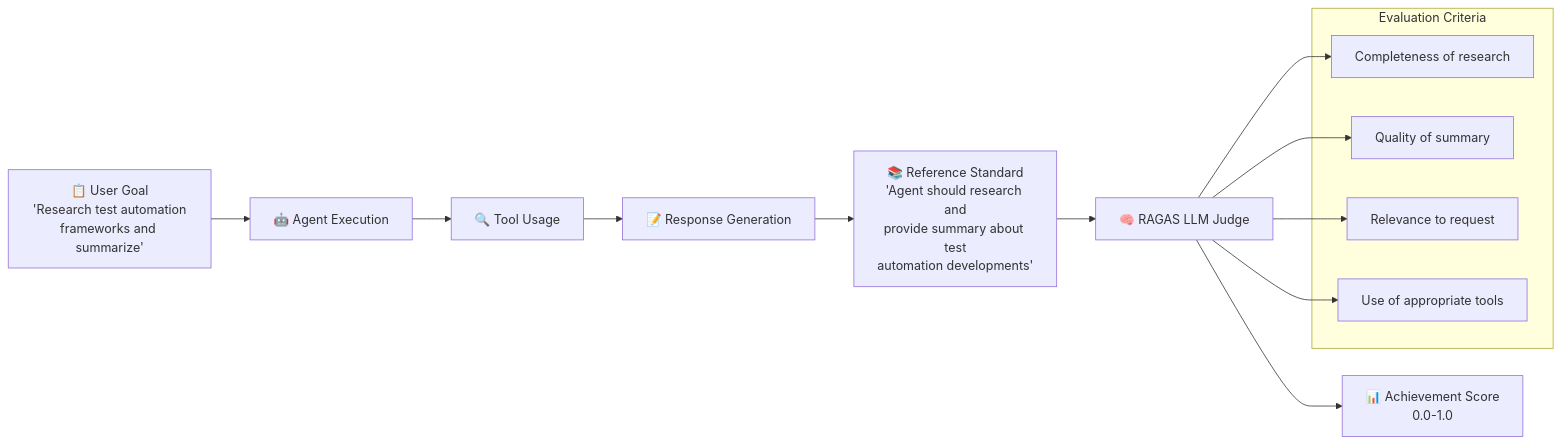
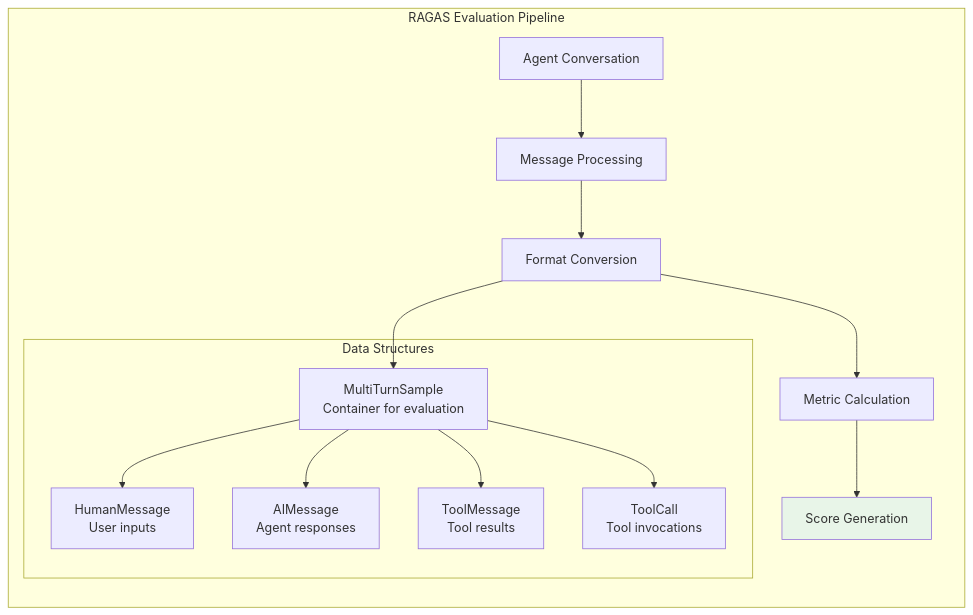
Before and after one commit to JoanEsquivel/langGraphAgents: the second of 3 diagrams in readme.md, drawn with Mermaid. The commit also changed other lines of this file, not shown here.

````diff
--- a/readme.md
+++ b/readme.md
@@ -931,21 +81,25 @@
 ```mermaid
 graph LR
-    A["📋 User Goal<br/>'Research test automation<br/>frameworks and summarize'"] --> B["🤖 Agent Execution"]
-    B --> C["🔍 Tool Usage"]
-    C --> D["📝 Response Generation"] 
-    D --> E["📚 Reference Standard<br/>'Agent should research and<br/>provide summary about test<br/>automation developments'"]
-    E --> F["🧠 RAGAS LLM Judge"]
-    F --> G["📊 Achievement Score<br/>0.0-1.0"]
-    
-    subgraph "Evaluation Criteria"
-        H["Completeness of research"]
-        I["Quality of summary"]
-        J["Relevance to request"]
-        K["Use of appropriate tools"]
+    subgraph "RAGAS Evaluation Pipeline"
+        A[Agent Conversation] --> B[Message Processing]
+        B --> C[Format Conversion]
+        C --> D[Metric Calculation]
+        D --> E[Score Generation]
+        
+        subgraph "Data Structures"
+            F[MultiTurnSample<br/>Container for evaluation]
+            G[HumanMessage<br/>User inputs]
+            H[AIMessage<br/>Agent responses]
+            I[ToolMessage<br/>Tool results]
+            J[ToolCall<br/>Tool invocations]
+        end
+        
+        C --> F
+        F --> G
+        F --> H
+        F --> I
+        F --> J
     end
     
-    F --> H
-    F --> I  
-    F --> J
-    F --> K
+    style E fill:#e8f5e8
 ```
````
